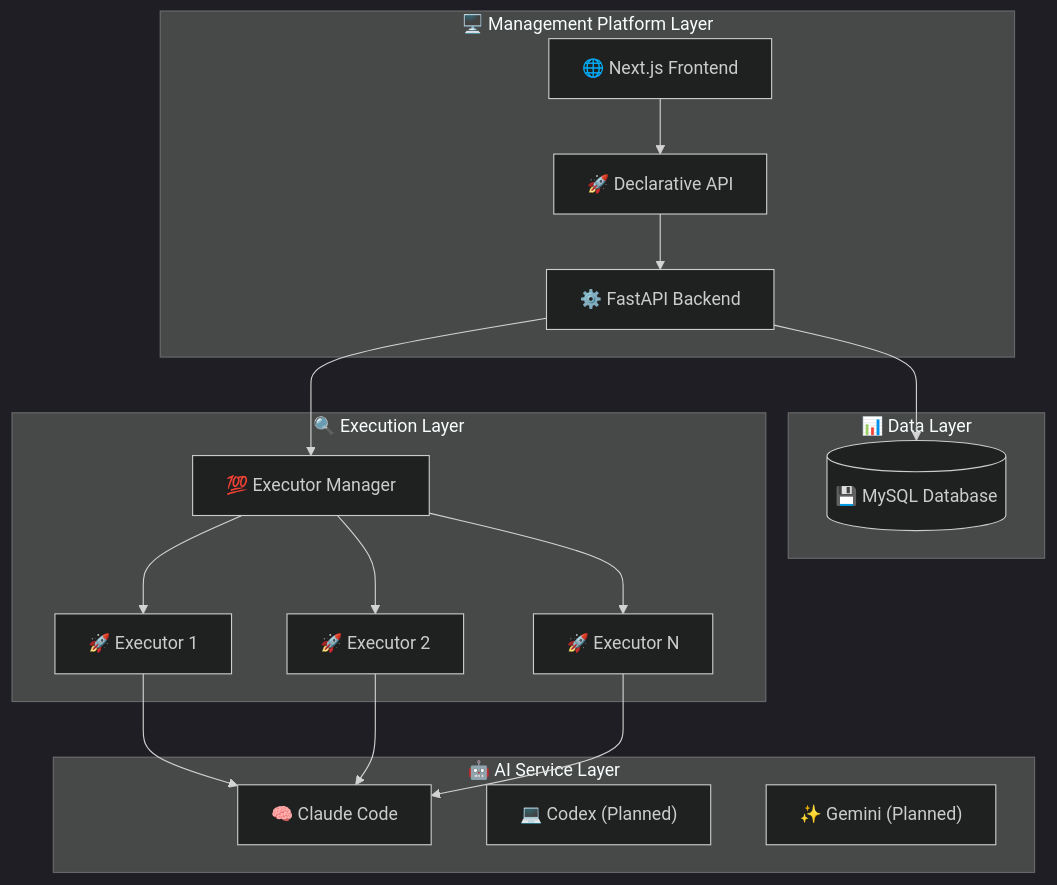
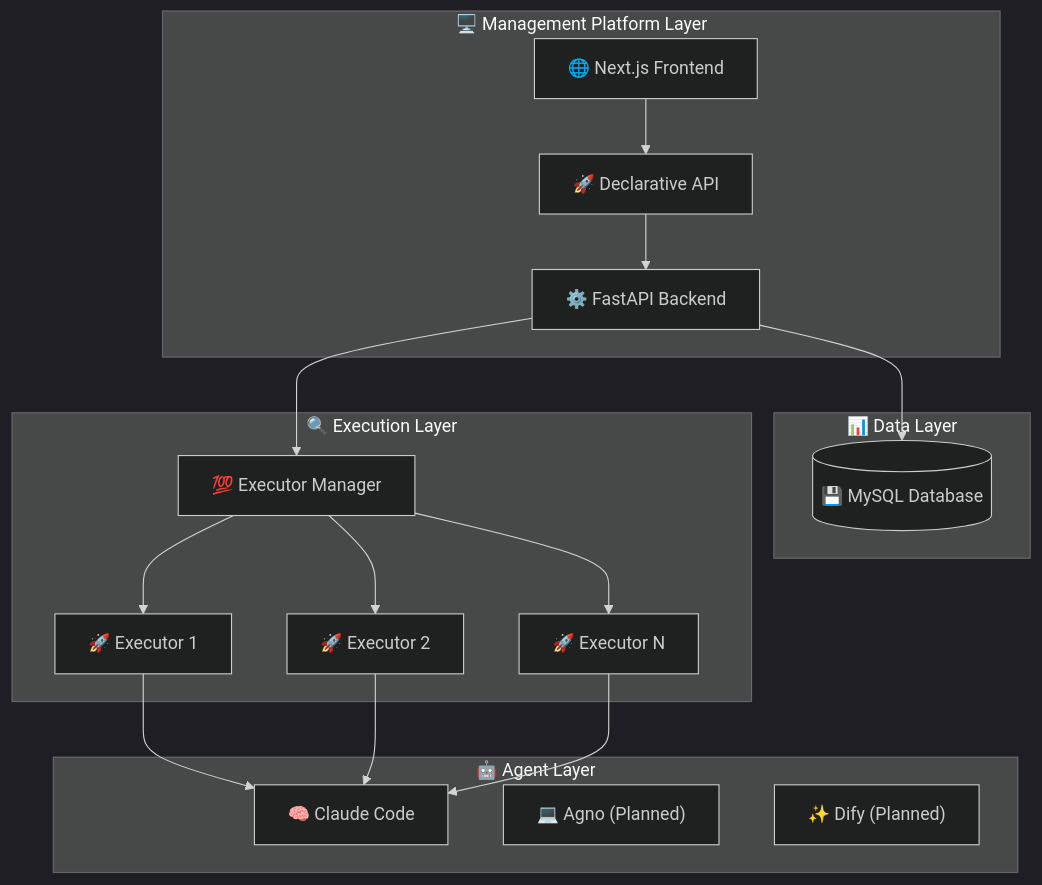
One commit to wecode-ai/Wegent changed the second of 2 diagrams in README.md. Above: the diagram before and after it, drawn with Mermaid (dark theme). The commit also changed other lines of this file, not shown here.

````diff
--- a/README.md
+++ b/README.md
@@ -114,40 +118,40 @@
 ```mermaid
 graph TB
     subgraph "🖥️ Management Platform Layer"
         Frontend["🌐 Next.js Frontend"]
         Backend["⚙️ FastAPI Backend"]
         API["🚀 Declarative API"]
     end
     
     subgraph "📊 Data Layer"
         MySQL[("💾 MySQL Database")]
     end
     
     subgraph "🔍 Execution Layer"
         ExecutorManager["💯 Executor Manager"]
         Executor1["🚀 Executor 1"]
         Executor2["🚀 Executor 2"]
         ExecutorN["🚀 Executor N"]
     end
     
-    subgraph "🤖 AI Service Layer"
+    subgraph "🤖 Agent Layer"
         Claude["🧠 Claude Code"]
-        CodexPlanned["💻 Codex (Planned)"]
-        GeminiPlanned["✨ Gemini (Planned)"]
+        AngoPlanned["💻 Agno (Planned)"]
+        DifyPlanned["✨ Dify (Planned)"]
     end
   
     
     %% System Interactions
     Frontend --> API
     API --> Backend
     Backend --> MySQL
     Backend --> ExecutorManager
     ExecutorManager --> Executor1
     ExecutorManager --> Executor2
     ExecutorManager --> ExecutorN
     
-    %% AI Service Integration (Currently only supports Claude Code)
+    %% AI Program Integration (Currently only supports Claude Code)
     Executor1 --> Claude
     Executor2 --> Claude
     ExecutorN --> Claude
 ```
````
